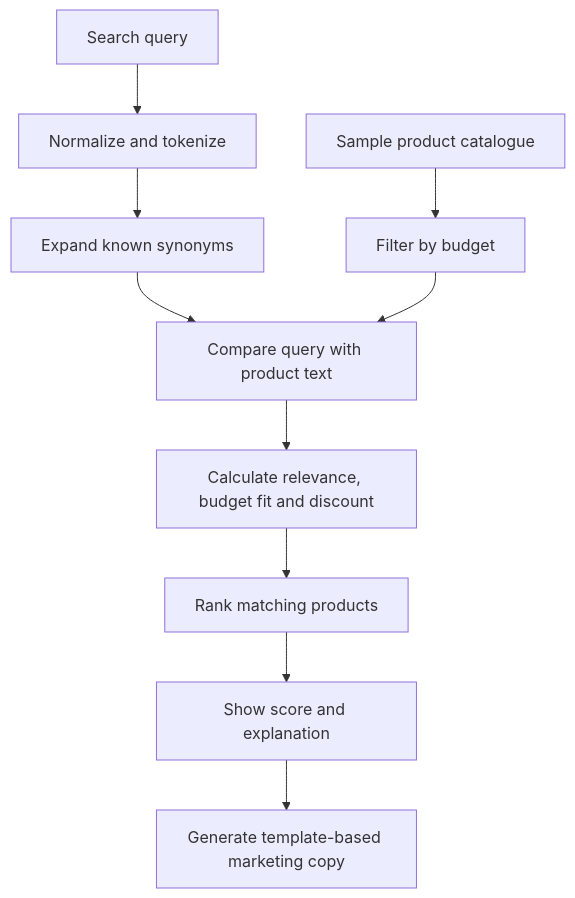
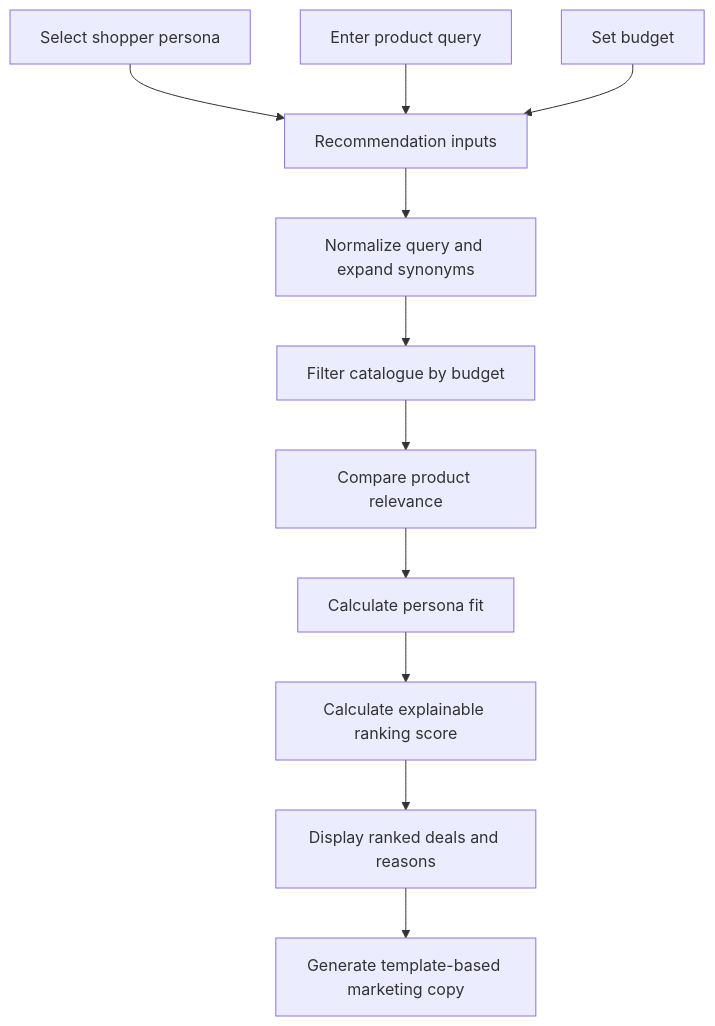
One commit to AakankshLabs/ai-deal-agent changed the diagram in README.md. Above: the diagram before and after it, drawn with Mermaid. The commit also changed other lines of this file, not shown here.

Commit message:
Document shopper personas and personalized ranking

````diff
--- a/README.md
+++ b/README.md
@@ -46,12 +60,13 @@
 ```mermaid
 flowchart TD
-    A[Search query] --> B[Normalize and tokenize]
-    B --> C[Expand known synonyms]
-    D[Sample product catalogue] --> E[Filter by budget]
-    C --> F[Compare query with product text]
-    E --> F
-    F --> G[Calculate relevance, budget fit and discount]
-    G --> H[Rank matching products]
-    H --> I[Show score and explanation]
-    I --> J[Generate template-based marketing copy]
+    A[Select shopper persona] --> D[Recommendation inputs]
+    B[Enter product query] --> D
+    C[Set budget] --> D
+    D --> E[Normalize query and expand synonyms]
+    E --> F[Filter catalogue by budget]
+    F --> G[Compare product relevance]
+    G --> H[Calculate persona fit]
+    H --> I[Calculate explainable ranking score]
+    I --> J[Display ranked deals and reasons]
+    J --> K[Generate template-based marketing copy]
 ```
````
